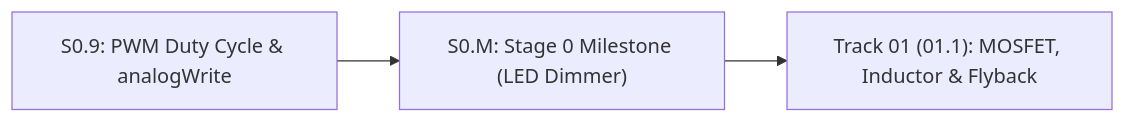
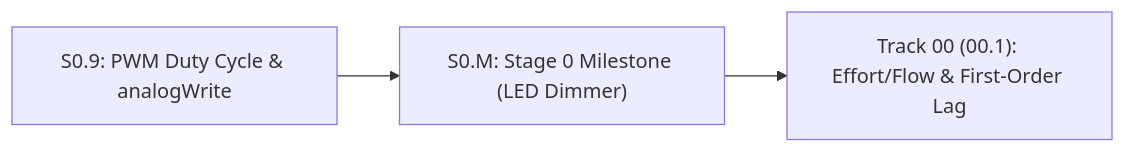
The diagram in stage-0/S0.M-stage-0-milestone.md (TLE47/Mechatronics-Roadmap), drawn with Mermaid before and after one commit. The commit also changed other lines of this file and 58 other files, not shown here.

````diff
--- a/stage-0/S0.M-stage-0-milestone.md
+++ b/stage-0/S0.M-stage-0-milestone.md
@@ -25,5 +25,5 @@
 ```mermaid
 flowchart LR
     S09["S0.9: PWM Duty Cycle & analogWrite"] --> S0M["S0.M: Stage 0 Milestone (LED Dimmer)"]
-    S0M --> L011["Track 01 (01.1): MOSFET, Inductor & Flyback"]
+    S0M --> L001["Track 00 (00.1): Effort/Flow & First-Order Lag"]
 ```
````
